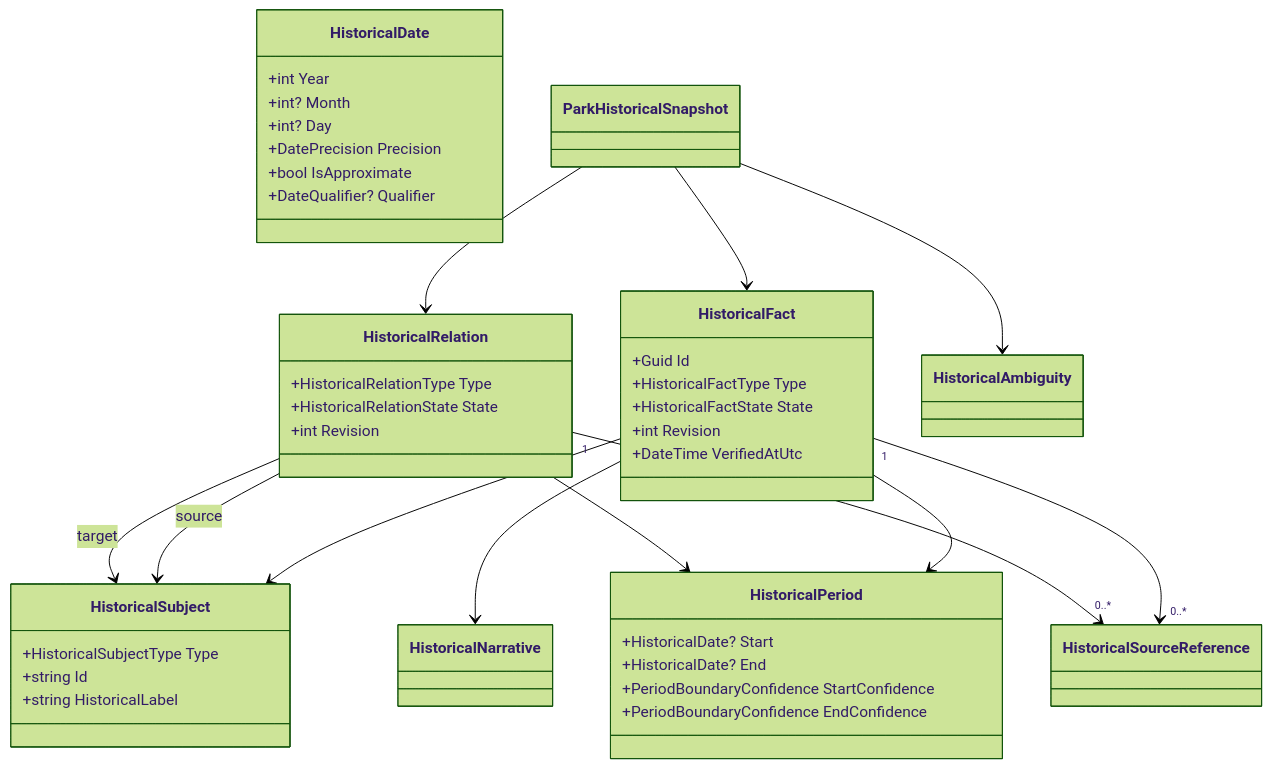
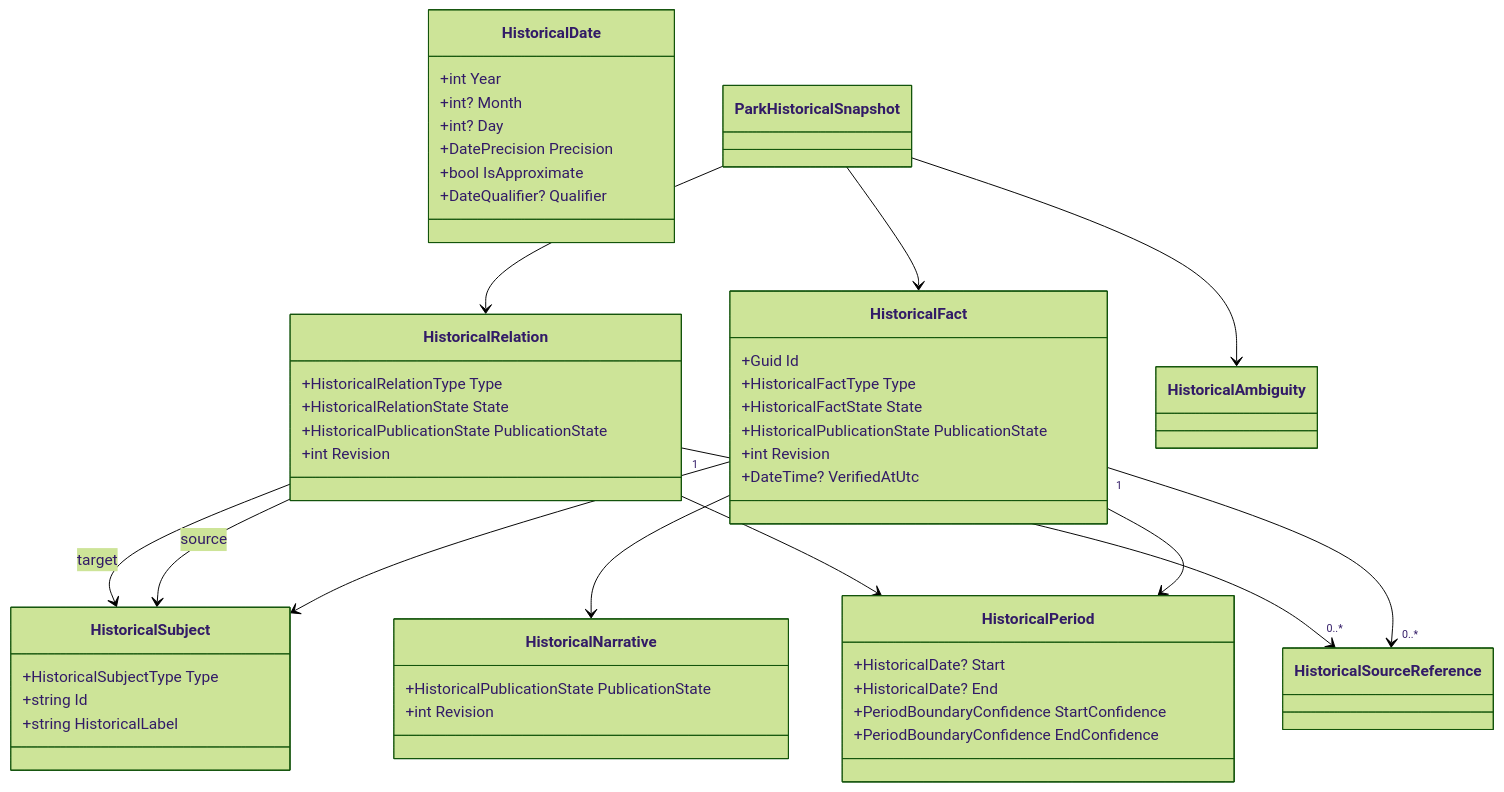
Before and after one commit to Ced59/AmusementParkProject: the second of 3 diagrams in docs/architecture/product-growth-hist-01-temporal-semantics-2026-09-25.md, drawn with Mermaid (forest theme). The commit also changed other lines of this file, not shown here.

Commit message:
docs(history): separate publication and verification

````diff
--- a/docs/architecture/product-growth-hist-01-temporal-semantics-2026-09-25.md
+++ b/docs/architecture/product-growth-hist-01-temporal-semantics-2026-09-25.md
@@ -371,50 +386,55 @@
 ```mermaid
 classDiagram
     class HistoricalDate {
       +int Year
       +int? Month
       +int? Day
       +DatePrecision Precision
       +bool IsApproximate
       +DateQualifier? Qualifier
     }
     class HistoricalPeriod {
       +HistoricalDate? Start
       +HistoricalDate? End
       +PeriodBoundaryConfidence StartConfidence
       +PeriodBoundaryConfidence EndConfidence
     }
     class HistoricalSubject {
       +HistoricalSubjectType Type
       +string Id
       +string HistoricalLabel
     }
     class HistoricalFact {
       +Guid Id
       +HistoricalFactType Type
       +HistoricalFactState State
+      +HistoricalPublicationState PublicationState
       +int Revision
-      +DateTime VerifiedAtUtc
+      +DateTime? VerifiedAtUtc
     }
     class HistoricalRelation {
       +HistoricalRelationType Type
       +HistoricalRelationState State
+      +HistoricalPublicationState PublicationState
       +int Revision
     }
     class HistoricalSourceReference
-    class HistoricalNarrative
+    class HistoricalNarrative {
+      +HistoricalPublicationState PublicationState
+      +int Revision
+    }
     class ParkHistoricalSnapshot
     class HistoricalAmbiguity
 
     HistoricalFact --> HistoricalSubject
     HistoricalFact --> HistoricalPeriod
     HistoricalFact "1" --> "0..*" HistoricalSourceReference
     HistoricalFact --> HistoricalNarrative
     HistoricalRelation --> HistoricalSubject : source
     HistoricalRelation --> HistoricalSubject : target
     HistoricalRelation --> HistoricalPeriod
     HistoricalRelation "1" --> "0..*" HistoricalSourceReference
     ParkHistoricalSnapshot --> HistoricalFact
     ParkHistoricalSnapshot --> HistoricalRelation
     ParkHistoricalSnapshot --> HistoricalAmbiguity
 ```
````
